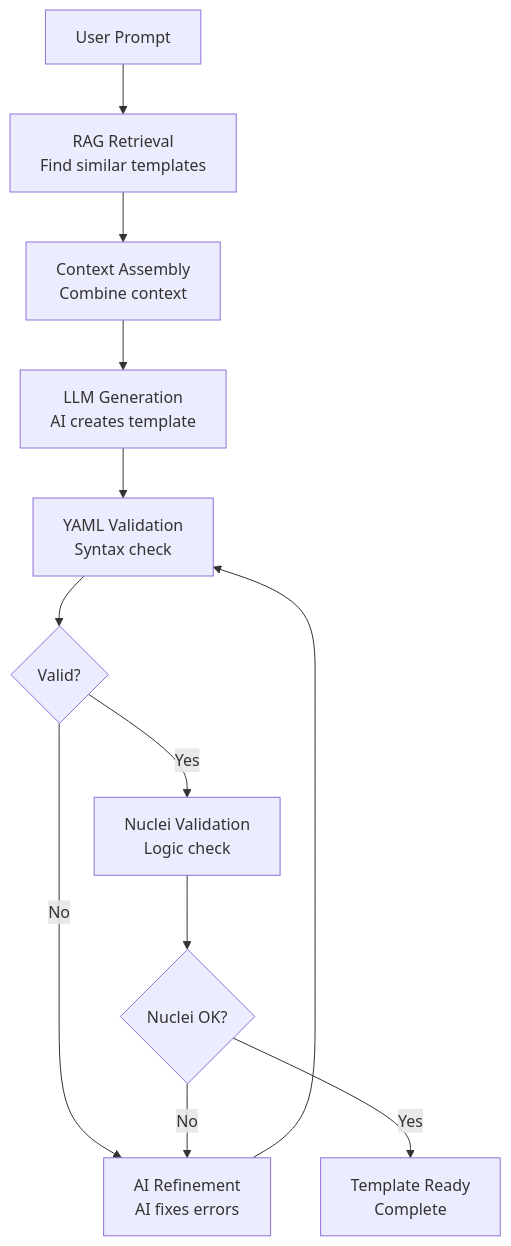
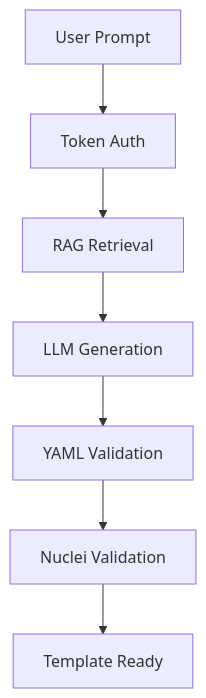
One commit to oasm-platform/oasm-nuclei-gen changed the diagram in README.md. Above: the diagram before and after it, drawn with Mermaid. The commit also changed other lines of this file and 5 other files, not shown here.

````diff
--- a/README.md
+++ b/README.md
@@ -196,14 +70,9 @@
 ```mermaid
 graph TD
-    A[User Prompt] --> B[RAG Retrieval<br/>Find similar templates]
-    B --> C[Context Assembly<br/>Combine context]
-    C --> D[LLM Generation<br/>AI creates template]
-    D --> E[YAML Validation<br/>Syntax check]
-    E --> F{Valid?}
-    F -->|No| G[AI Refinement<br/>AI fixes errors]
-    G --> E
-    F -->|Yes| H[Nuclei Validation<br/>Logic check]
-    H --> I{Nuclei OK?}
-    I -->|No| G
-    I -->|Yes| J[Template Ready<br/>Complete]
+    A[User Prompt] --> B[Token Auth]
+    B --> C[RAG Retrieval]
+    C --> D[LLM Generation]
+    D --> E[YAML Validation]
+    E --> F[Nuclei Validation]
+    F --> G[Template Ready]
 ```
````
